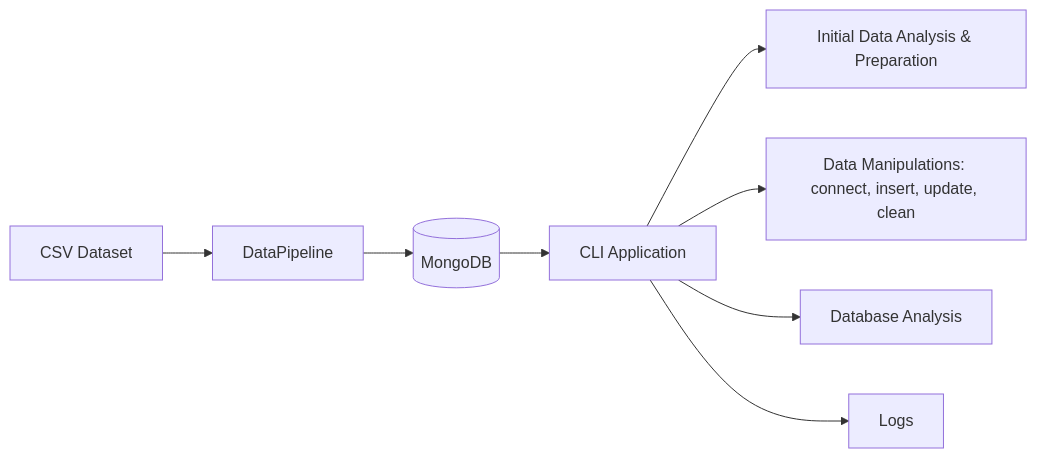
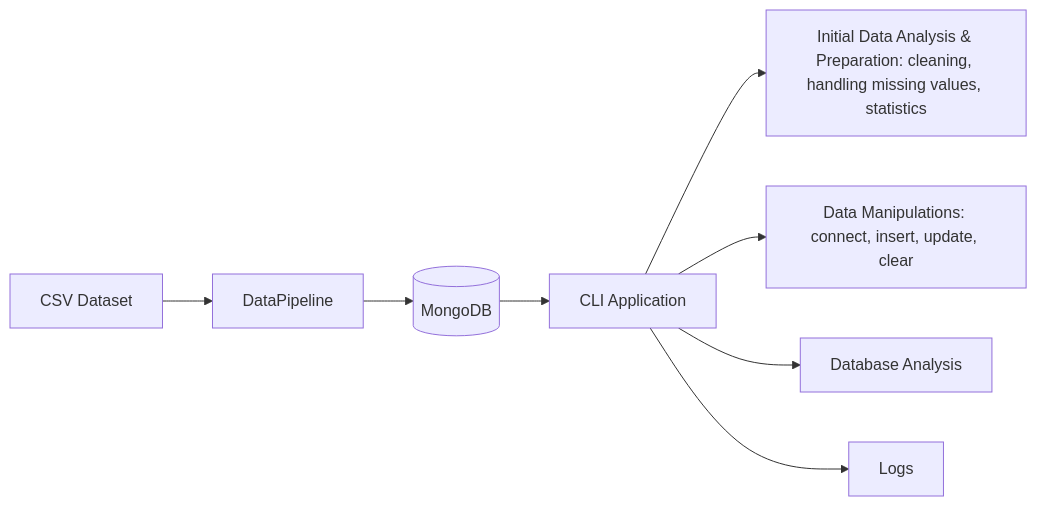
Before and after one commit to tipofyzik/mongodb_for_storing_sensor_data: the diagram in README.md, drawn with Mermaid.

````diff
--- a/README.md
+++ b/README.md
@@ -14,12 +14,12 @@
 ```mermaid
 flowchart LR
 
 A[CSV Dataset] --> B[DataPipeline]
 B --> C[(MongoDB)]
 C --> D[CLI Application]
 
-D --> E[Initial Data Analysis & Preparation]
-D --> F[Data Manipulations: connect, insert, update, clean]
+D --> E[Initial Data Analysis & Preparation: cleaning, handling missing values, statistics]
+D --> F[Data Manipulations: connect, insert, update, clear]
 D --> G[Database Analysis]
 D --> H[Logs]
 ```
````
